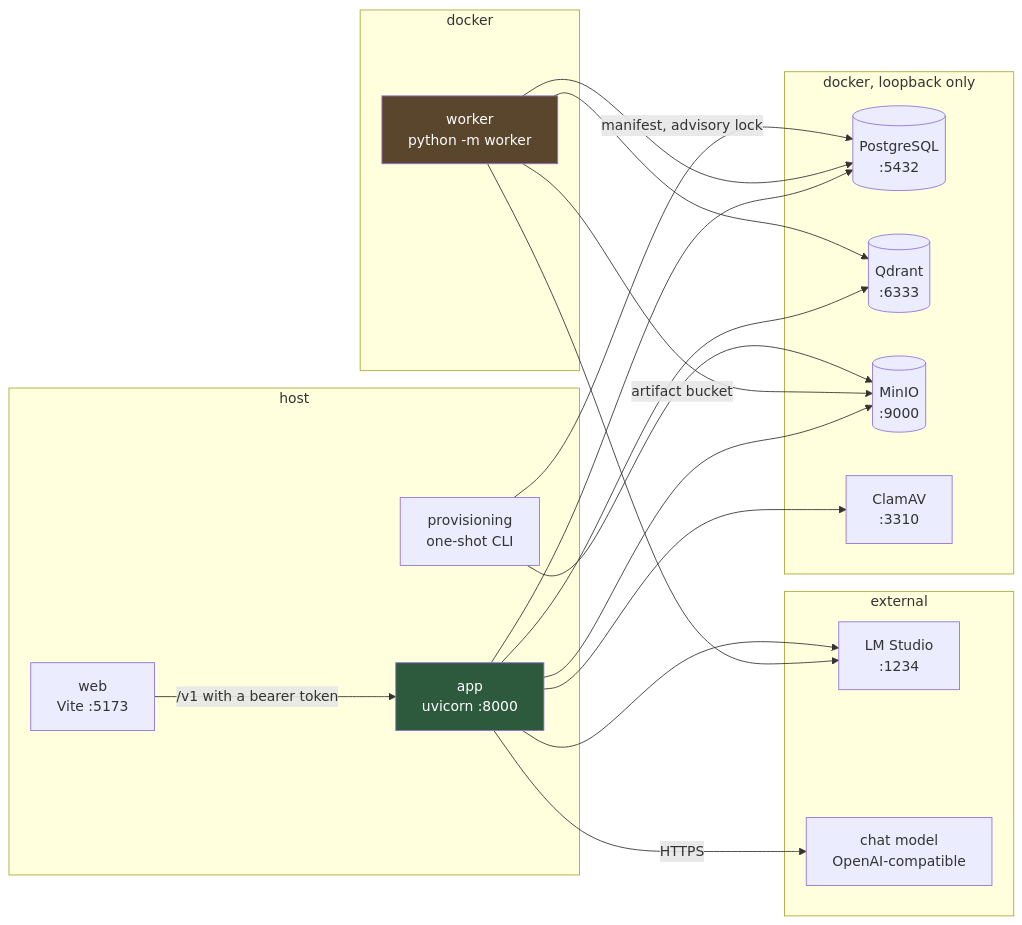
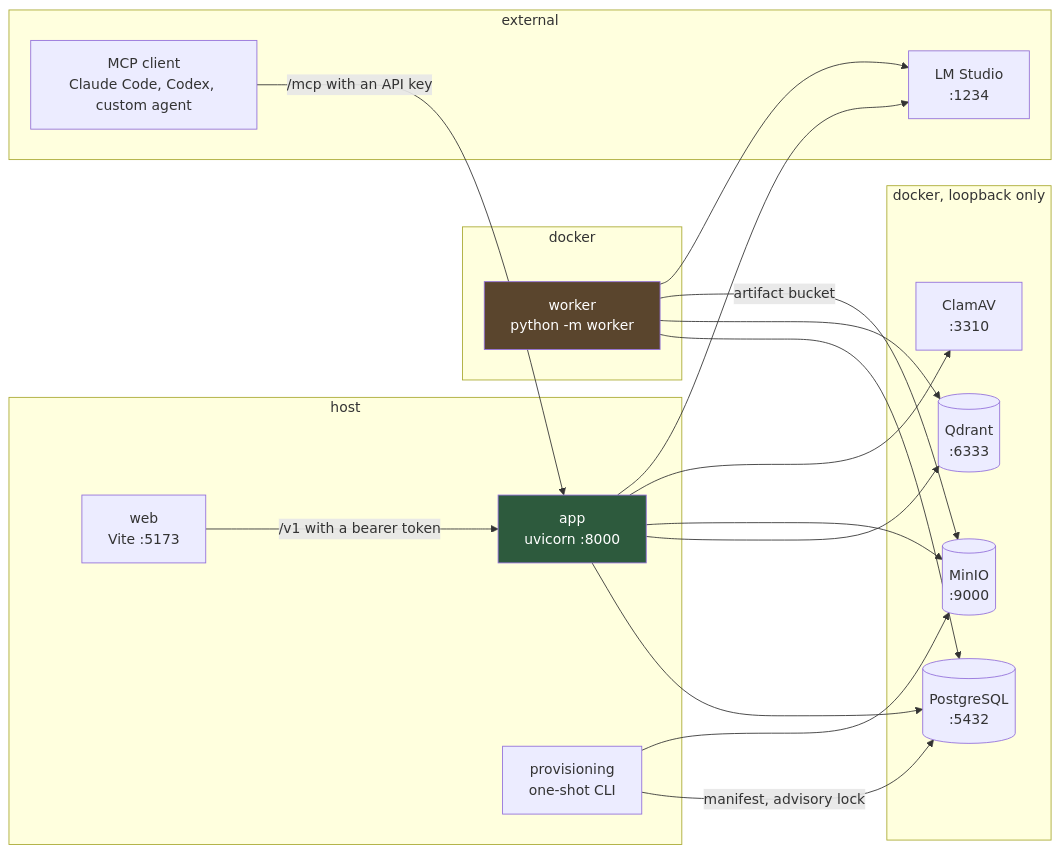
The first of 10 diagrams in README.md (unedtamps/retriv), drawn with Mermaid before and after one commit. The commit also changed other lines of this file and 55 other files, not shown here.

First line of the commit message:
refactor: serve retrieval over MCP and drop the HTTP agent

````diff
--- a/README.md
+++ b/README.md
@@ -16,38 +17,38 @@
 ```mermaid
 flowchart LR
     subgraph host["host"]
         W["web<br/>Vite :5173"]
         A["app<br/>uvicorn :8000"]
         P["provisioning<br/>one-shot CLI"]
     end
     subgraph docker["docker"]
         K["worker<br/>python -m worker"]
     end
     subgraph data["docker, loopback only"]
         DB[("PostgreSQL<br/>:5432")]
         Q[("Qdrant<br/>:6333")]
         M[("MinIO<br/>:9000")]
         C["ClamAV<br/>:3310"]
     end
     subgraph external["external"]
         L["LM Studio<br/>:1234"]
-        O["chat model<br/>OpenAI-compatible"]
+        X["MCP client<br/>Claude Code, Codex, custom agent"]
     end
 
     W -->|"/v1 with a bearer token"| A
+    X -->|"/mcp with an API key"| A
     A --> DB
     A --> Q
     A --> M
     A --> C
-    A -->|HTTPS| O
     K --> DB
     K --> Q
     K -->|artifact bucket| M
     K --> L
     A --> L
     P -->|manifest, advisory lock| DB
     P --> M
 
     style A fill:#2d5a3d,color:#fff
     style K fill:#5a452d,color:#fff
 ```
````
